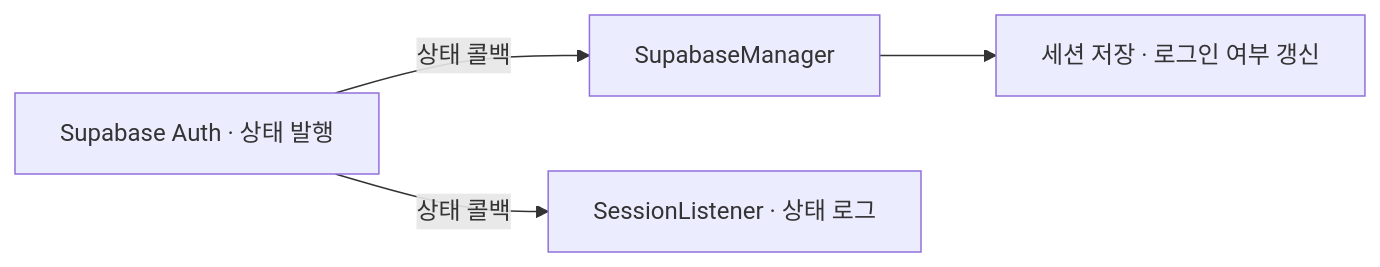
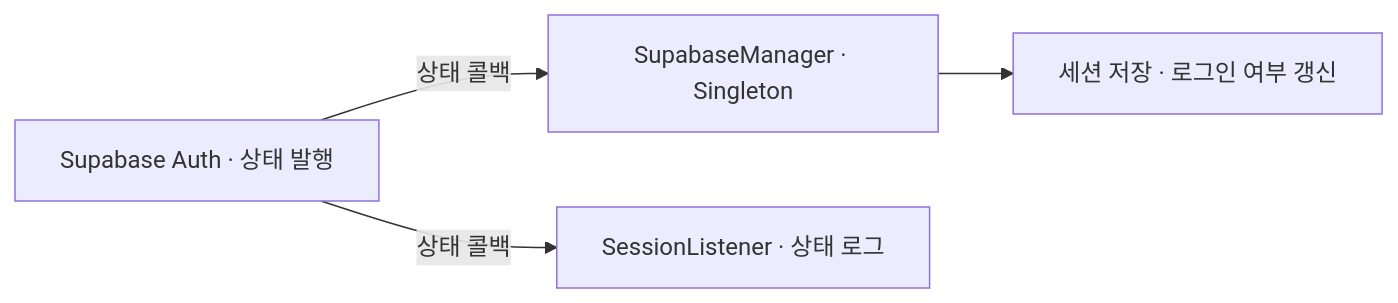
One commit to 1Seong/EulerianAurora changed the second of 2 diagrams in portfolio/authentication/README.md. Above: the diagram before and after it, drawn with Mermaid. The commit also changed other lines of this file and 4 other files, not shown here.

````diff
--- a/portfolio/authentication/README.md
+++ b/portfolio/authentication/README.md
@@ -26,6 +26,6 @@
 ```mermaid
 flowchart LR
-  A["Supabase Auth · 상태 발행"] -->|상태 콜백| M["SupabaseManager"]
+  A["Supabase Auth · 상태 발행"] -->|상태 콜백| M["SupabaseManager · Singleton"]
   A -->|상태 콜백| L["SessionListener · 상태 로그"]
   M --> S["세션 저장 · 로그인 여부 갱신"]
 ```
````
